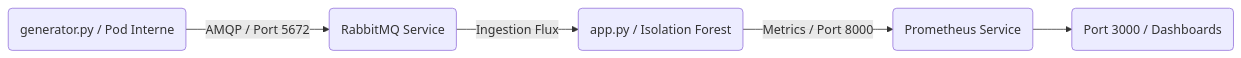
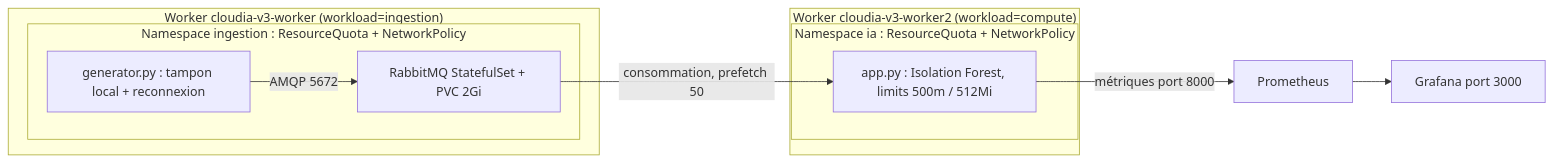
Before and after one commit to CedricKoukoui/CloudIA: the first of 3 diagrams in README.md, drawn with Mermaid. The commit also changed other lines of this file and 19 other files, not shown here.

````diff
--- a/README.md
+++ b/README.md
@@ -13,7 +115,16 @@
 ```mermaid
 graph LR
-    Generator(generator.py / Pod Interne) -- AMQP / Port 5672 --> Broker(RabbitMQ Service)
-    Broker -- Ingestion Flux --> IA(app.py / Isolation Forest)
-    IA -- Metrics / Port 8000 --> Prometheus(Prometheus Service)
-    Prometheus --> Grafana(Port 3000 / Dashboards)
+    subgraph w1["Worker cloudia-v3-worker (workload=ingestion)"]
+        subgraph ingestion["Namespace ingestion : ResourceQuota + NetworkPolicy"]
+            Generator["generator.py : tampon local + reconnexion"] -- "AMQP 5672" --> Broker["RabbitMQ StatefulSet + PVC 2Gi"]
+        end
+    end
+    subgraph w2["Worker cloudia-v3-worker2 (workload=compute)"]
+        subgraph ia["Namespace ia : ResourceQuota + NetworkPolicy"]
+            IA["app.py : Isolation Forest, limits 500m / 512Mi"]
+        end
+    end
+    Broker -- "consommation, prefetch 50" --> IA
+    IA -- "métriques port 8000" --> Prometheus["Prometheus"]
+    Prometheus --> Grafana["Grafana port 3000"]
 ```
````
